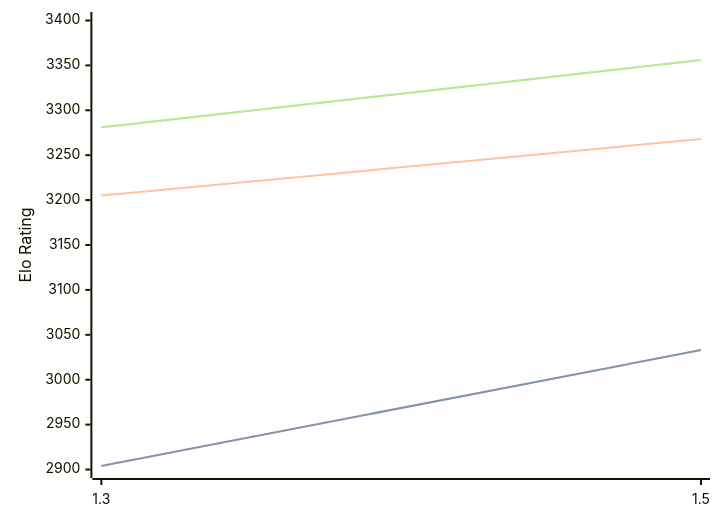
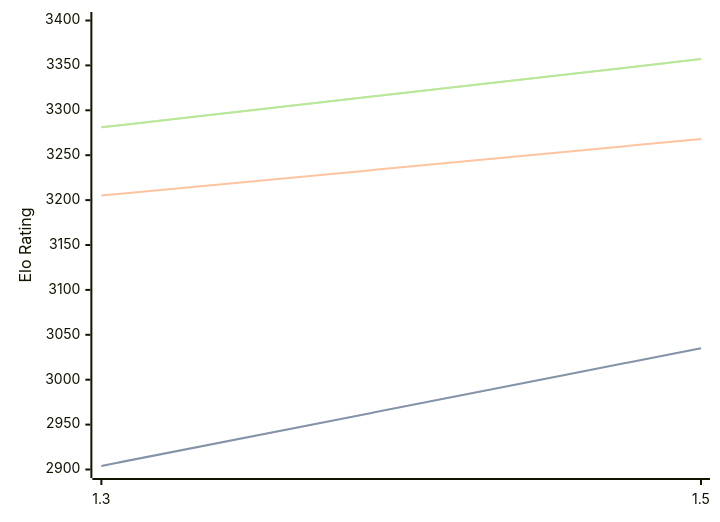
One commit to computer-chess-index/cci changed the diagram in engines/Lambergar.md. Above: the diagram before and after it, drawn with Mermaid. The commit also changed other lines of this file, not shown here.

Commit message:
Update CCI Ratings (ELO VLTC) - 2026-08-20

````diff
--- a/engines/Lambergar.md
+++ b/engines/Lambergar.md
@@ -32,11 +32,11 @@
 ```mermaid
 %%{init: {"theme":"base","themeVariables":{"seriesColors:['#a3a3a3','#222221','#faa371']}}}%%
 xychart-beta
   x-axis ["1.3", "1.5"]
   y-axis "Elo Rating" 2900 --> 3400
-  line "STC (8.0+0.08s)" [2904, 3033]
-  line "STC (8.0+0.08s)" [2904, 3033]
+  line "STC (8.0+0.08s)" [2904, 3035]
+  line "STC (8.0+0.08s)" [2904, 3035]
   line "LTC (60.0+0.60s)" [3205, 3268]
-  line "VLTC (2m24s+1.12s)" [3281, 3356]
-  line "VLTC (2m24s+1.12s)" [3281, 3356]
+  line "VLTC (2m24s+1.12s)" [3281, 3357]
+  line "VLTC (2m24s+1.12s)" [3281, 3357]
 ```
````
